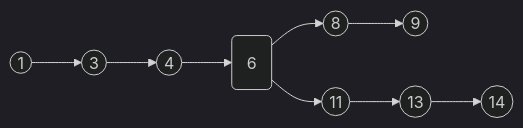
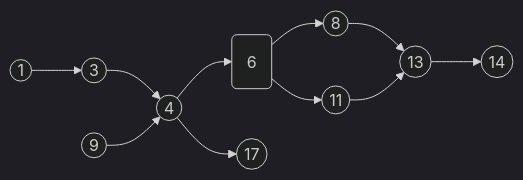
Before and after one commit to sd4483/Obsidian: the diagram in Software Testing/Labs/Lab 01.md, drawn with Mermaid (dark theme). The commit also changed 1 other file, not shown here.

Commit message:
vault backup: 2023-02-23 11:22:09

````diff
--- a/Software Testing/Labs/Lab 01.md
+++ b/Software Testing/Labs/Lab 01.md
@@ -5,5 +5,8 @@
 ```mermaid
 flowchart LR
-	id1((1)) --> id2((3)) --> id3((4)) --> id4(6) --> id5((8)) --> id6((9)) 
-	id4(6) --> id7((11)) --> id8((13)) --> id9((14))
+	id1((1)) --> id2((3)) --> id3((4)) --> id4(6) --> id5((8)) & id7((11))
+	id5((8)) --> id8((9))
+	id7((11)) --> id8((13)) --> id9((14))
+	id6((9)) --> id3((4))
+	id3((4)) --> id10((17))
 ```
````
